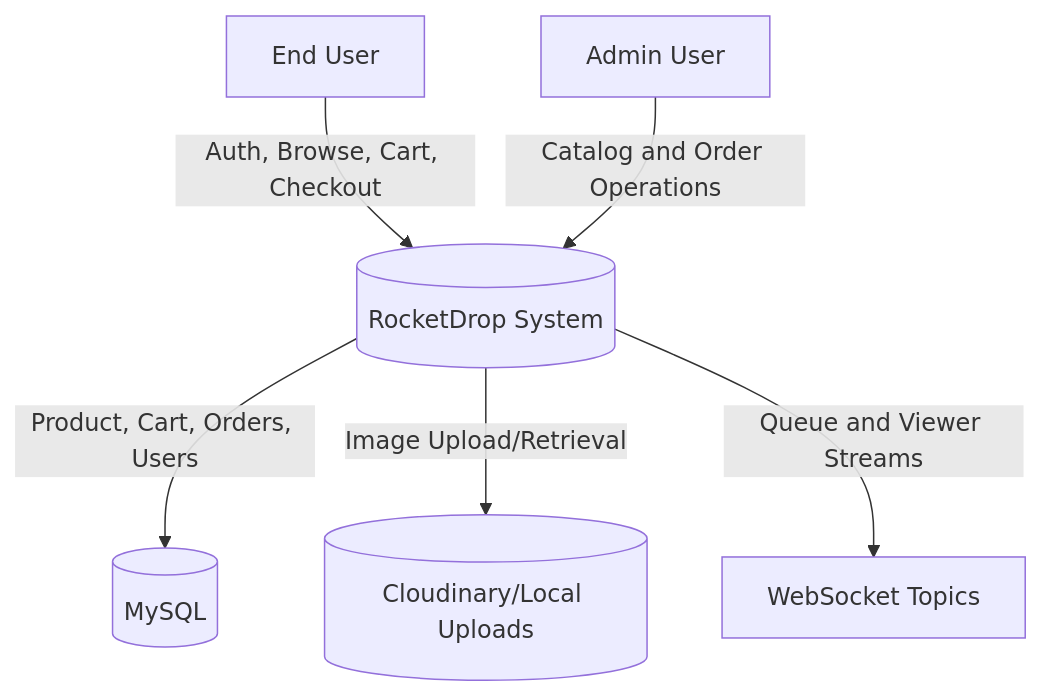
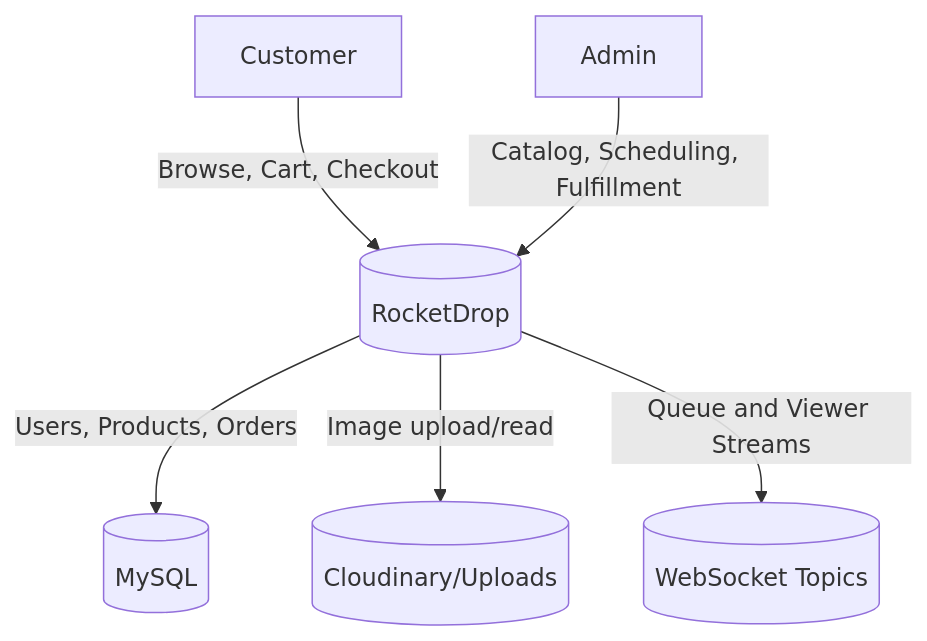
One commit to mundkes-tech/RocketDrop changed the fourth of 5 diagrams in README.md. Above: the diagram before and after it, drawn with Mermaid. The commit also changed other lines of this file, not shown here.

````diff
--- a/README.md
+++ b/README.md
@@ -86,8 +107,8 @@
 ```mermaid
 flowchart TD
-    User[End User] -->|Auth, Browse, Cart, Checkout| RocketDrop[(RocketDrop System)]
-    Admin[Admin User] -->|Catalog and Order Operations| RocketDrop
-    RocketDrop -->|Product, Cart, Orders, Users| DB[(MySQL)]
-    RocketDrop -->|Image Upload/Retrieval| Media[(Cloudinary/Local Uploads)]
-    RocketDrop -->|Queue and Viewer Streams| Realtime[WebSocket Topics]
+    Customer[Customer] -->|Browse, Cart, Checkout| System[(RocketDrop)]
+    Admin[Admin] -->|Catalog, Scheduling, Fulfillment| System
+    System -->|Users, Products, Orders| DB[(MySQL)]
+    System -->|Image upload/read| Media[(Cloudinary/Uploads)]
+    System -->|Queue and Viewer Streams| RT[(WebSocket Topics)]
 ```
````
